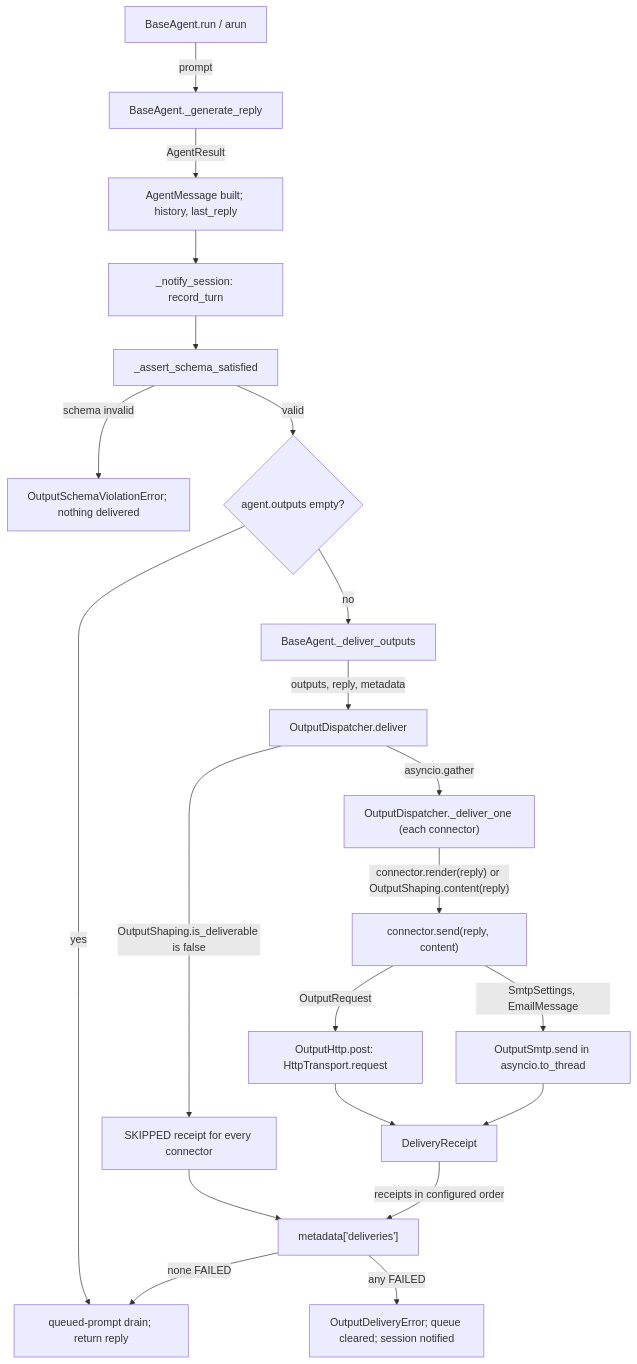
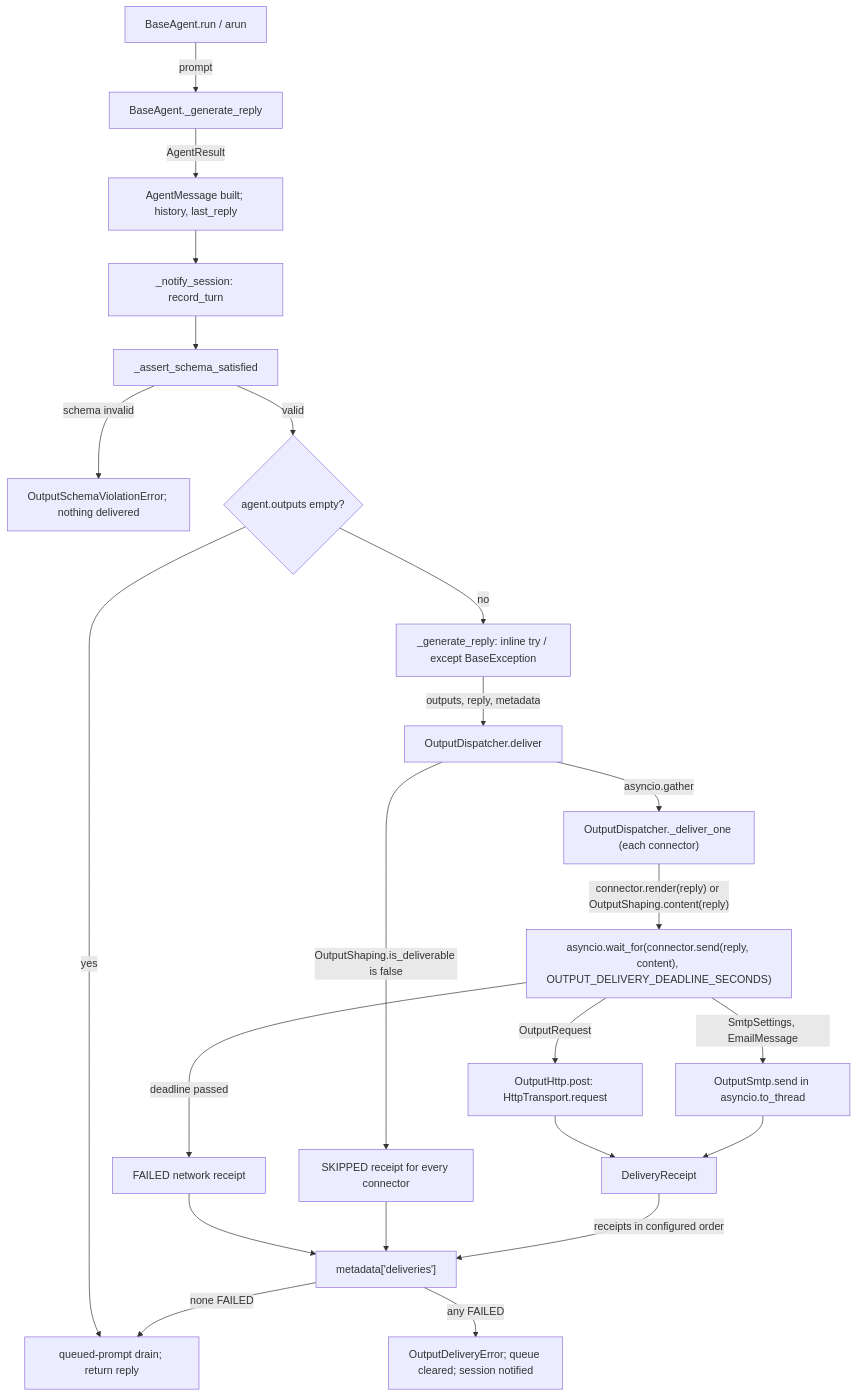
Before and after one commit to cerredz/Vidbyte-SDK: the first of 2 diagrams in docs/spec/agent-output-connectors/spec.md, drawn with Mermaid. The commit also changed other lines of this file and 1 other file, not shown here.

First line of the commit message:
docs(spec): revise agent-output-connectors spec r3 (S1 review round 2; approved)

````diff
--- a/docs/spec/agent-output-connectors/spec.md
+++ b/docs/spec/agent-output-connectors/spec.md
@@ -132,23 +132,25 @@
 ```mermaid
 flowchart TD
   A["BaseAgent.run / arun"] -->|prompt| B["BaseAgent._generate_reply"]
   B -->|AgentResult| C["AgentMessage built; history, last_reply"]
   C --> D["_notify_session: record_turn"]
   D --> E["_assert_schema_satisfied"]
   E -->|schema invalid| X["OutputSchemaViolationError; nothing delivered"]
   E -->|valid| F{"agent.outputs empty?"}
   F -->|yes| Q["queued-prompt drain; return reply"]
-  F -->|no| G["BaseAgent._deliver_outputs"]
+  F -->|no| G["_generate_reply: inline try / except BaseException"]
   G -->|outputs, reply, metadata| H["OutputDispatcher.deliver"]
   H -->|"OutputShaping.is_deliverable is false"| S["SKIPPED receipt for every connector"]
   H -->|"asyncio.gather"| I["OutputDispatcher._deliver_one (each connector)"]
-  I -->|"connector.render(reply) or OutputShaping.content(reply)"| J["connector.send(reply, content)"]
+  I -->|"connector.render(reply) or OutputShaping.content(reply)"| J["asyncio.wait_for(connector.send(reply, content), OUTPUT_DELIVERY_DEADLINE_SECONDS)"]
+  J -->|"deadline passed"| T["FAILED network receipt"]
   J -->|OutputRequest| K["OutputHttp.post: HttpTransport.request"]
   J -->|SmtpSettings, EmailMessage| L["OutputSmtp.send in asyncio.to_thread"]
   K --> R["DeliveryReceipt"]
   L --> R
+  T --> M
   S --> M
   R -->|receipts in configured order| M["metadata['deliveries']"]
   M -->|any FAILED| N["OutputDeliveryError; queue cleared; session notified"]
   M -->|none FAILED| Q
 ```
````
